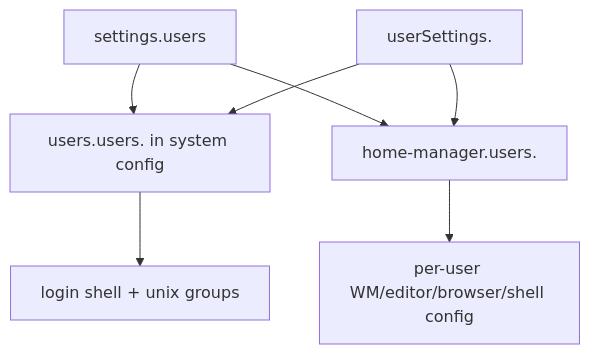
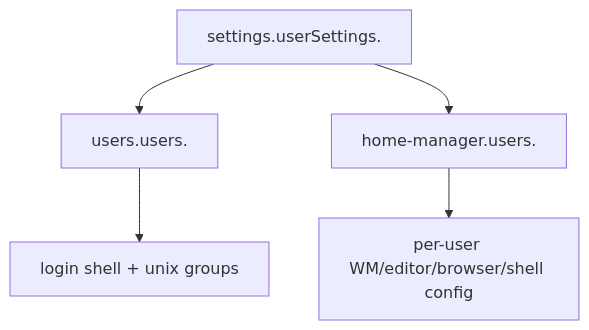
One commit to CodePixelWorks/j0nix-os changed the fourth of 10 diagrams in docs/architecture.md. Above: the diagram before and after it, drawn with Mermaid. The commit also changed other lines of this file and 1 other file, not shown here.

First line of the commit message:
docs(architecture,agents): update config flow and diagrams for new host mapping

````diff
--- a/docs/architecture.md
+++ b/docs/architecture.md
@@ -70,9 +69,7 @@
 ```mermaid
 flowchart TD
-  A[settings.users] --> B[users.users.<name> in system config]
+  A[settings.userSettings.<name>] --> B[users.users.<name>]
   A --> C[home-manager.users.<name>]
-  D[userSettings.<name>] --> B
-  D --> C
-  B --> E[login shell + unix groups]
-  C --> F[per-user WM/editor/browser/shell config]
+  B --> D[login shell + unix groups]
+  C --> E[per-user WM/editor/browser/shell config]
 ```
````
